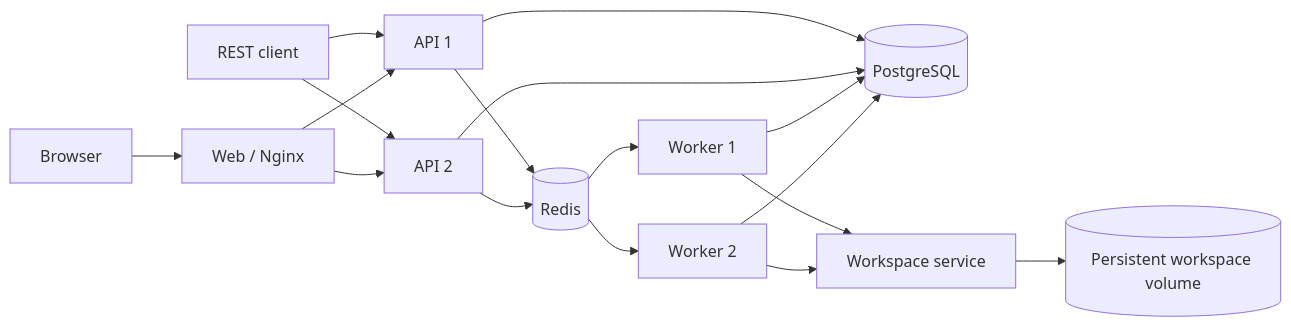
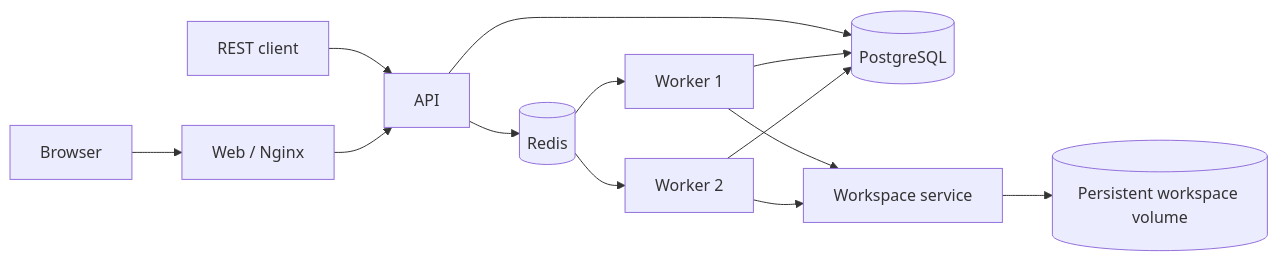
Before and after one commit to mill413/deepseek-harness: the diagram in apps/distributed/README.md, drawn with Mermaid. The commit also changed other lines of this file and 11 other files, not shown here.

````diff
--- a/apps/distributed/README.md
+++ b/apps/distributed/README.md
@@ -7,19 +7,15 @@
 ```mermaid
 flowchart LR
   B[Browser] --> W[Web / Nginx]
-  C[REST client] --> A1[API 1]
-  C --> A2[API 2]
-  W --> A1
-  W --> A2
-  A1 --> P[(PostgreSQL)]
-  A2 --> P
-  A1 --> R[(Redis)]
-  A2 --> R
+  C[REST client] --> A[API]
+  W --> A
+  A --> P[(PostgreSQL)]
+  A --> R[(Redis)]
   R --> W1[Worker 1]
   R --> W2[Worker 2]
   W1 --> P
   W2 --> P
   W1 --> S[Workspace service]
   W2 --> S
   S --> V[(Persistent workspace volume)]
 ```
````
